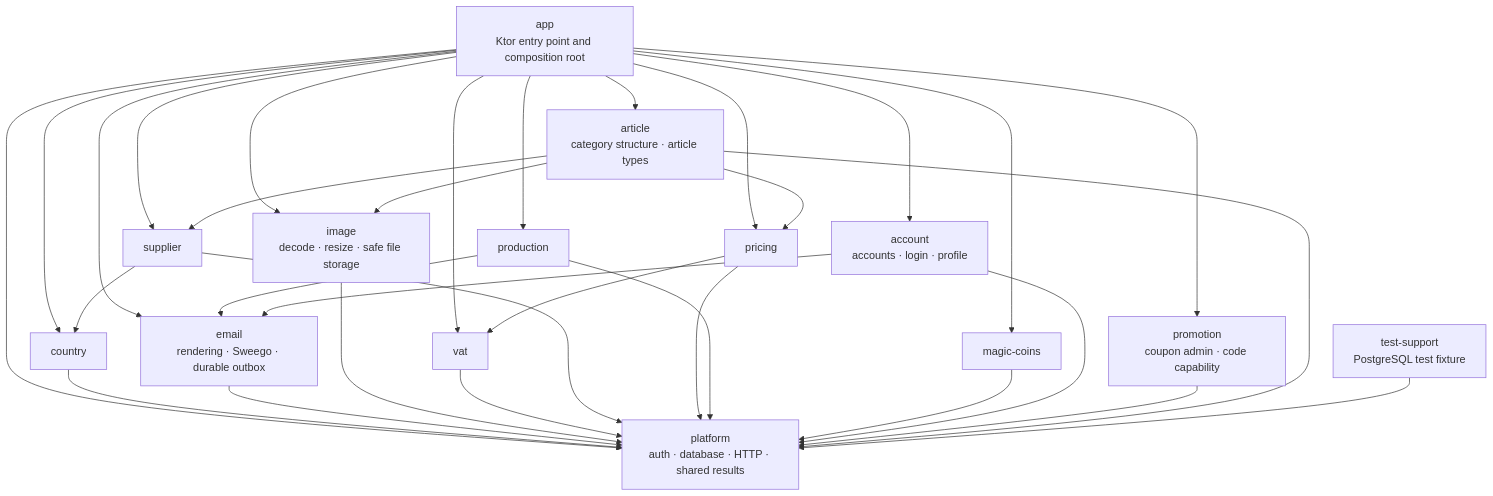
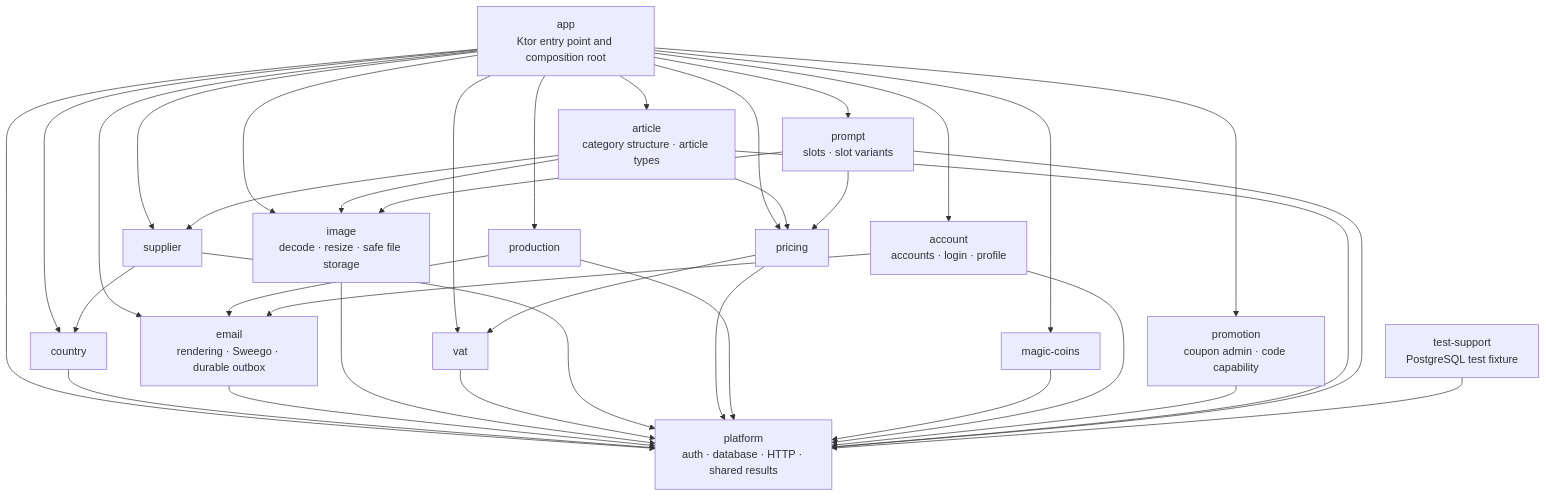
Before and after one commit to bitstorm-tech/voenix-shop-kotlin: the diagram in docs/dev/backend/module-architecture.md, drawn with Mermaid. The commit also changed other lines of this file and 38 other files, not shown here.

First line of the commit message:
Migrate the prompt slots and slot variants (Prompt slice 1)

````diff
--- a/docs/dev/backend/module-architecture.md
+++ b/docs/dev/backend/module-architecture.md
@@ -34,49 +34,54 @@
 ```mermaid
 flowchart TD
     App["app<br/>Ktor entry point and composition root"]
     Platform["platform<br/>auth · database · HTTP · shared results"]
     Country["country"]
     Email["email<br/>rendering · Sweego · durable outbox"]
     Image["image<br/>decode · resize · safe file storage"]
     Vat["vat"]
     Supplier["supplier"]
     Pricing["pricing"]
     Production["production"]
     MagicCoins["magic-coins"]
     Account["account<br/>accounts · login · profile"]
     Promotion["promotion<br/>coupon admin · code capability"]
     Article["article<br/>category structure · article types"]
+    Prompt["prompt<br/>slots · slot variants"]
     TestSupport["test-support<br/>PostgreSQL test fixture"]
 
     App --> Platform
     App --> Account
     App --> Country
     App --> Email
     App --> Image
     App --> Vat
     App --> Supplier
     App --> Pricing
     App --> Production
     App --> MagicCoins
     App --> Promotion
     App --> Article
+    App --> Prompt
     Country --> Platform
     Email --> Platform
     Image --> Platform
     Vat --> Platform
     Supplier --> Platform
     Supplier --> Country
     Pricing --> Platform
     Pricing --> Vat
     Production --> Platform
     Production --> Email
     MagicCoins --> Platform
     Account --> Platform
     Account --> Email
     Promotion --> Platform
     Article --> Platform
     Article --> Image
     Article --> Pricing
     Article --> Supplier
+    Prompt --> Platform
+    Prompt --> Image
+    Prompt --> Pricing
     TestSupport --> Platform
 ```
````
